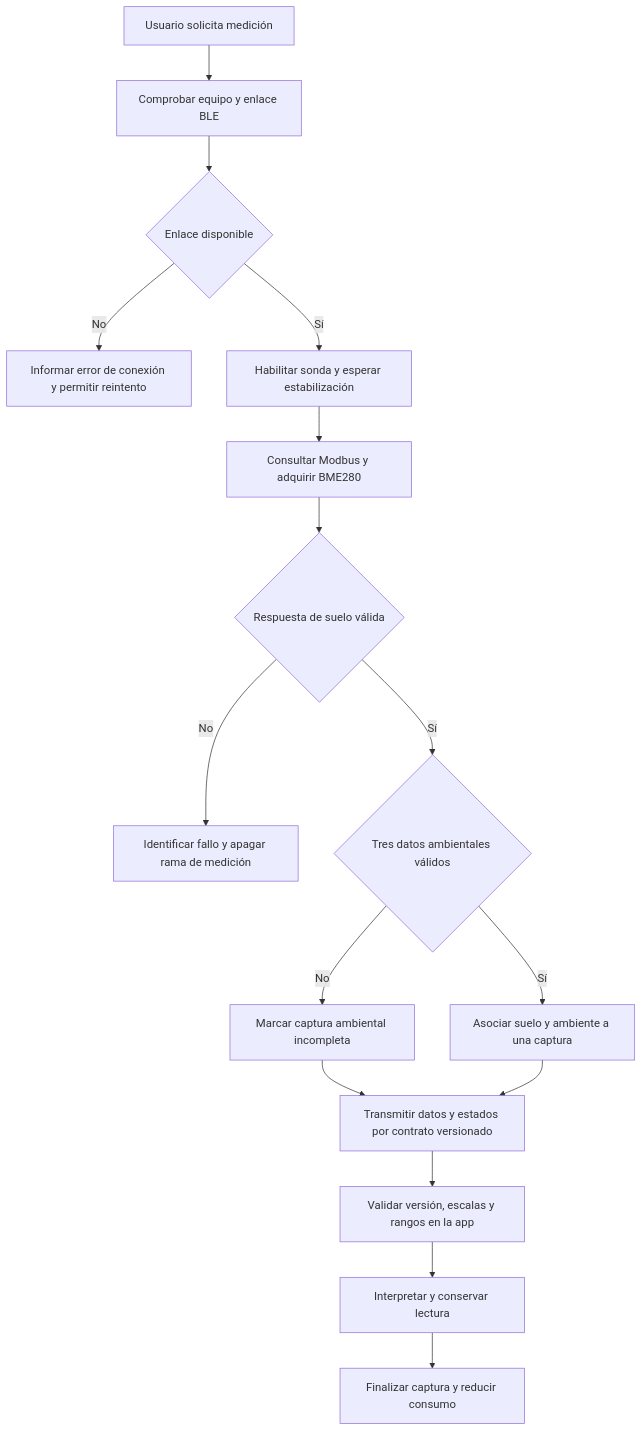
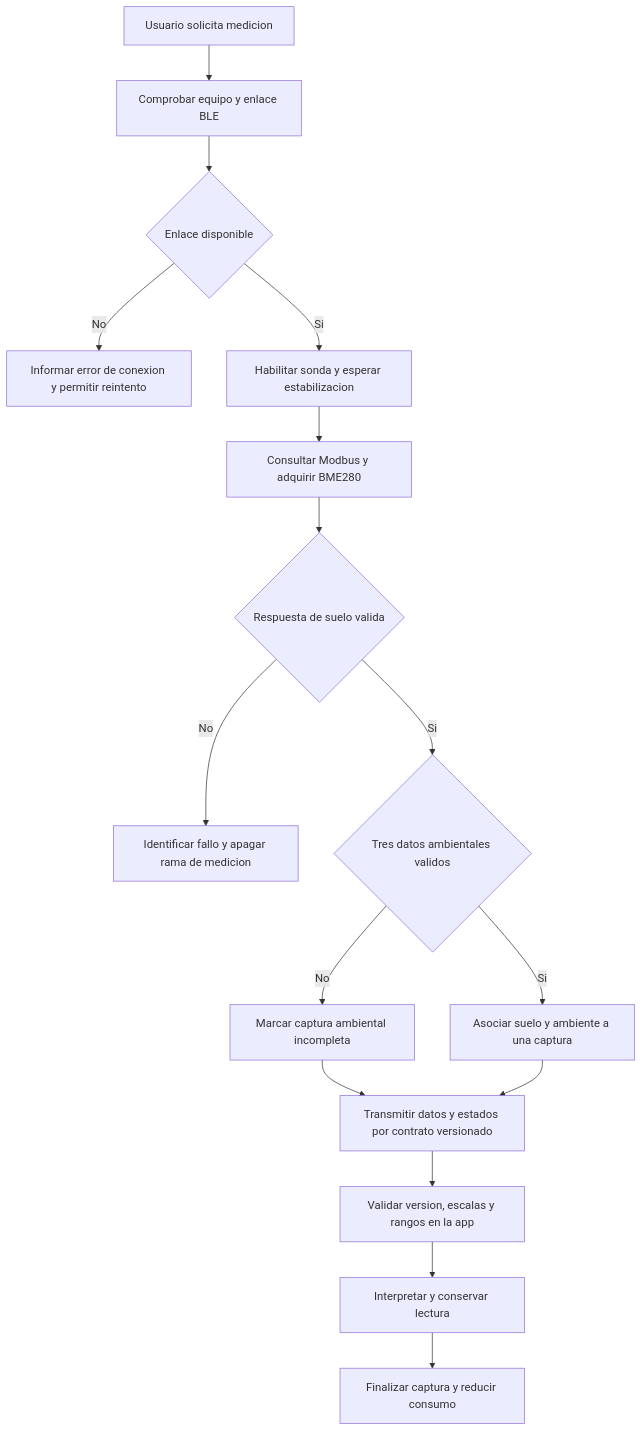
One commit to Alvarinhoooo7/TerraSence changed the fifth of 11 diagrams in docs/INFORME 1 .docx.md. Above: the diagram before and after it, drawn with Mermaid. The commit also changed other lines of this file and 12 other files, not shown here.

````diff
--- a/docs/INFORME 1 .docx.md
+++ b/docs/INFORME 1 .docx.md
@@ -285,18 +568,18 @@
 ```mermaid
 flowchart TD
-    A[Usuario solicita medición] --> B[Comprobar equipo y enlace BLE]
+    A[Usuario solicita medicion] --> B[Comprobar equipo y enlace BLE]
     B --> C{Enlace disponible}
-    C -->|No| D[Informar error de conexión y permitir reintento]
-    C -->|Sí| E[Habilitar sonda y esperar estabilización]
+    C -->|No| D[Informar error de conexion y permitir reintento]
+    C -->|Si| E[Habilitar sonda y esperar estabilizacion]
     E --> F[Consultar Modbus y adquirir BME280]
-    F --> G{Respuesta de suelo válida}
-    G -->|No| H[Identificar fallo y apagar rama de medición]
-    G -->|Sí| I{Tres datos ambientales válidos}
+    F --> G{Respuesta de suelo valida}
+    G -->|No| H[Identificar fallo y apagar rama de medicion]
+    G -->|Si| I{Tres datos ambientales validos}
     I -->|No| J[Marcar captura ambiental incompleta]
-    I -->|Sí| K[Asociar suelo y ambiente a una captura]
+    I -->|Si| K[Asociar suelo y ambiente a una captura]
     J --> L[Transmitir datos y estados por contrato versionado]
     K --> L
-    L --> M[Validar versión, escalas y rangos en la app]
+    L --> M[Validar version, escalas y rangos en la app]
     M --> N[Interpretar y conservar lectura]
     N --> O[Finalizar captura y reducir consumo]
 ```
````
